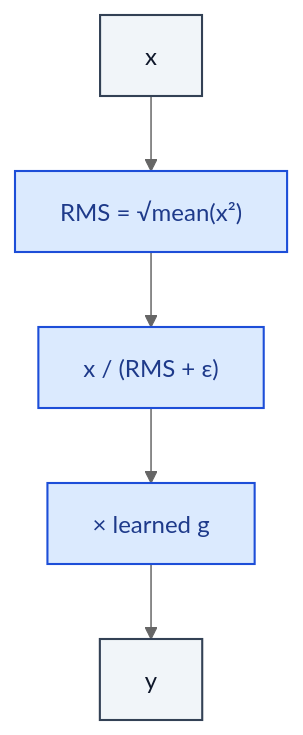
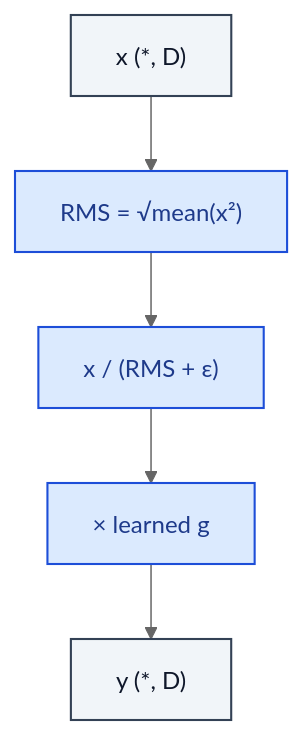
One commit to RealityShifts/Srivastava-book-of-Blocks-diagrams changed the diagram in core/RMSNorm.md. Above: the diagram before and after it, drawn with Mermaid (neutral theme). The commit also changed 123 other files, not shown here.

````diff
--- a/core/RMSNorm.md
+++ b/core/RMSNorm.md
@@ -7,21 +7,22 @@
 ```mermaid
 flowchart TD
-    n0_0["x"]:::io
+    n0_0["x  (*, D)"]:::io
     n1_0["RMS = √mean(x²)"]:::op
     n2_0["x / (RMS + ε)"]:::op
     n3_0["× learned g"]:::op
-    n4_0["y"]:::io
+    n4_0["y  (*, D)"]:::io
     n0_0 --> n1_0
     n1_0 --> n2_0
     n2_0 --> n3_0
     n3_0 --> n4_0
     classDef io fill:#f1f5f9,stroke:#334155,stroke-width:1.4px,color:#0f172a
     classDef op fill:#dbeafe,stroke:#1d4ed8,stroke-width:1.4px,color:#1e3a8a
     classDef norm fill:#dcfce7,stroke:#15803d,stroke-width:1.4px,color:#14532d
     classDef act fill:#ffedd5,stroke:#c2410c,stroke-width:1.4px,color:#7c2d12
     classDef attn fill:#ede9fe,stroke:#6d28d9,stroke-width:1.4px,color:#4c1d95
     classDef merge fill:#fef3c7,stroke:#b45309,stroke-width:1.4px,color:#78350f
     classDef emb fill:#fef9c3,stroke:#a16207,stroke-width:1.4px,color:#713f12
     classDef loss fill:#fee2e2,stroke:#b91c1c,stroke-width:1.4px,color:#7f1d1d
     classDef ctrl fill:#f5f5f4,stroke:#52525b,stroke-width:1.4px,color:#27272a
+    classDef ref fill:#e0f2fe,stroke:#0369a1,stroke-width:2px,color:#0c4a6e,stroke-dasharray: 4 2
 ```
````
